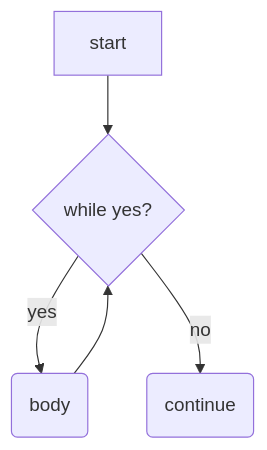
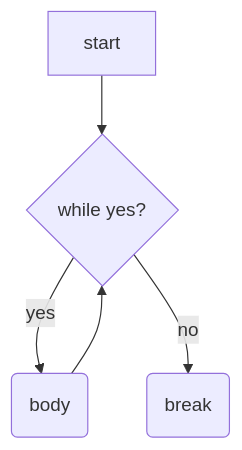
The first of 2 diagrams in content/courses/problemsolving22/c++0/loop.md (Kristoff-starling/Kristoff-starling.github.io), drawn with Mermaid before and after one commit. The commit also changed other lines of this file and 18 other files, not shown here.

````diff
--- a/content/courses/problemsolving22/c++0/loop.md
+++ b/content/courses/problemsolving22/c++0/loop.md
@@ -35,12 +35,12 @@
 ```mermaid
 graph TD
 
 s0[start]
 s1{while yes?}
 s2(body)
-s3(continue)
+s3(break)
 s0 --> s1
 s1 --> |yes| s2
 s2 --> s1
 s1 --> |no| s3
 ```
````
